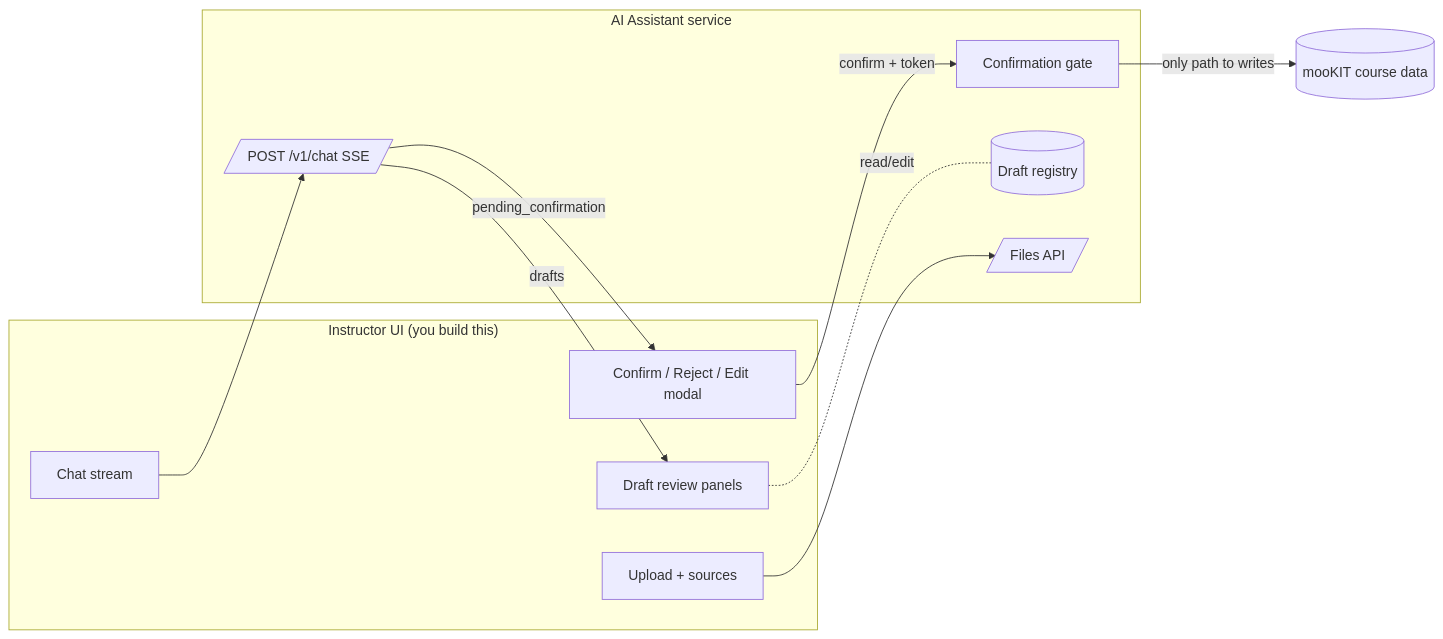
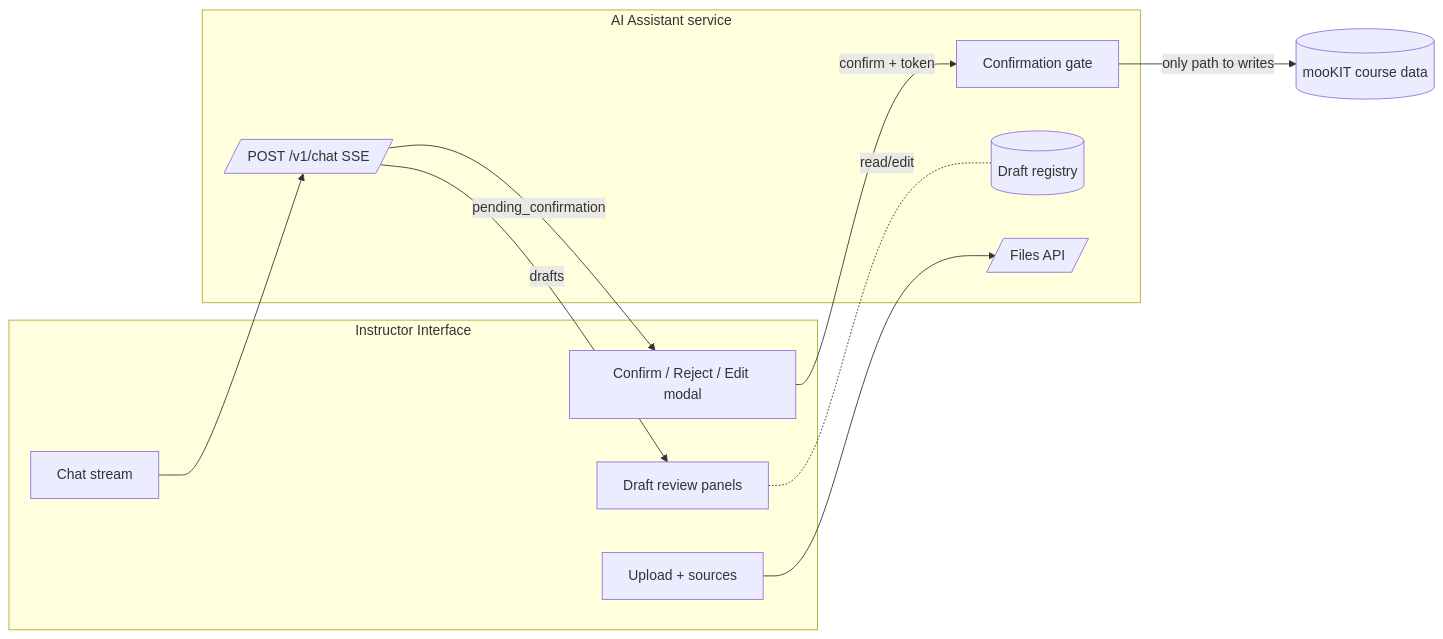
One commit to udbhav-44/Mookit-LMS changed the first of 4 diagrams in docs/UI_INTEGRATION.md. Above: the diagram before and after it, drawn with Mermaid. The commit also changed other lines of this file, not shown here.

````diff
--- a/docs/UI_INTEGRATION.md
+++ b/docs/UI_INTEGRATION.md
@@ -23,24 +17,24 @@
 ```mermaid
 flowchart LR
-    subgraph Browser["Instructor UI (you build this)"]
+    subgraph Browser["Instructor Interface"]
         Chat[Chat stream]
         Drafts[Draft review panels]
         Confirm[Confirm / Reject / Edit modal]
         Files[Upload + sources]
     end
     subgraph Service["AI Assistant service"]
         SSE[/POST /v1/chat SSE/]
         Gate[Confirmation gate]
         Reg[(Draft registry)]
         FilesAPI[/Files API/]
     end
     mooKIT[(mooKIT course data)]
 
     Chat --> SSE
     SSE -->|drafts| Drafts
     SSE -->|pending_confirmation| Confirm
     Files --> FilesAPI
     Confirm -->|confirm + token| Gate
     Gate -->|only path to writes| mooKIT
     Drafts -. read/edit .- Reg
 ```
````
